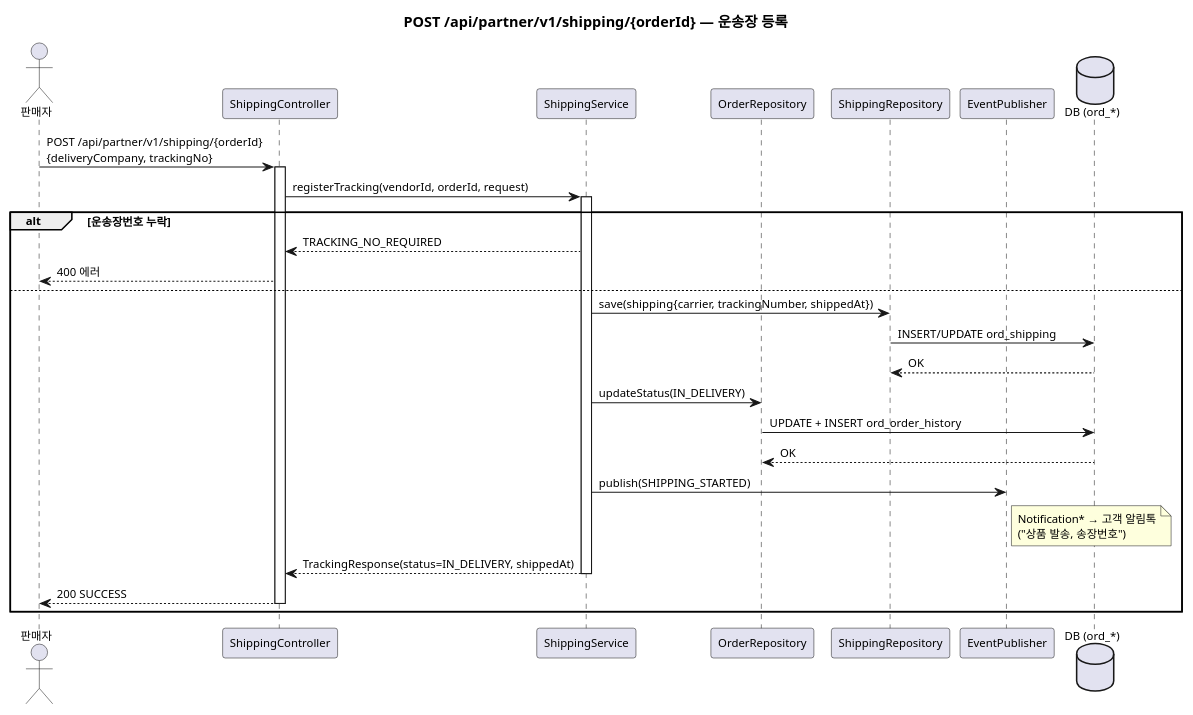
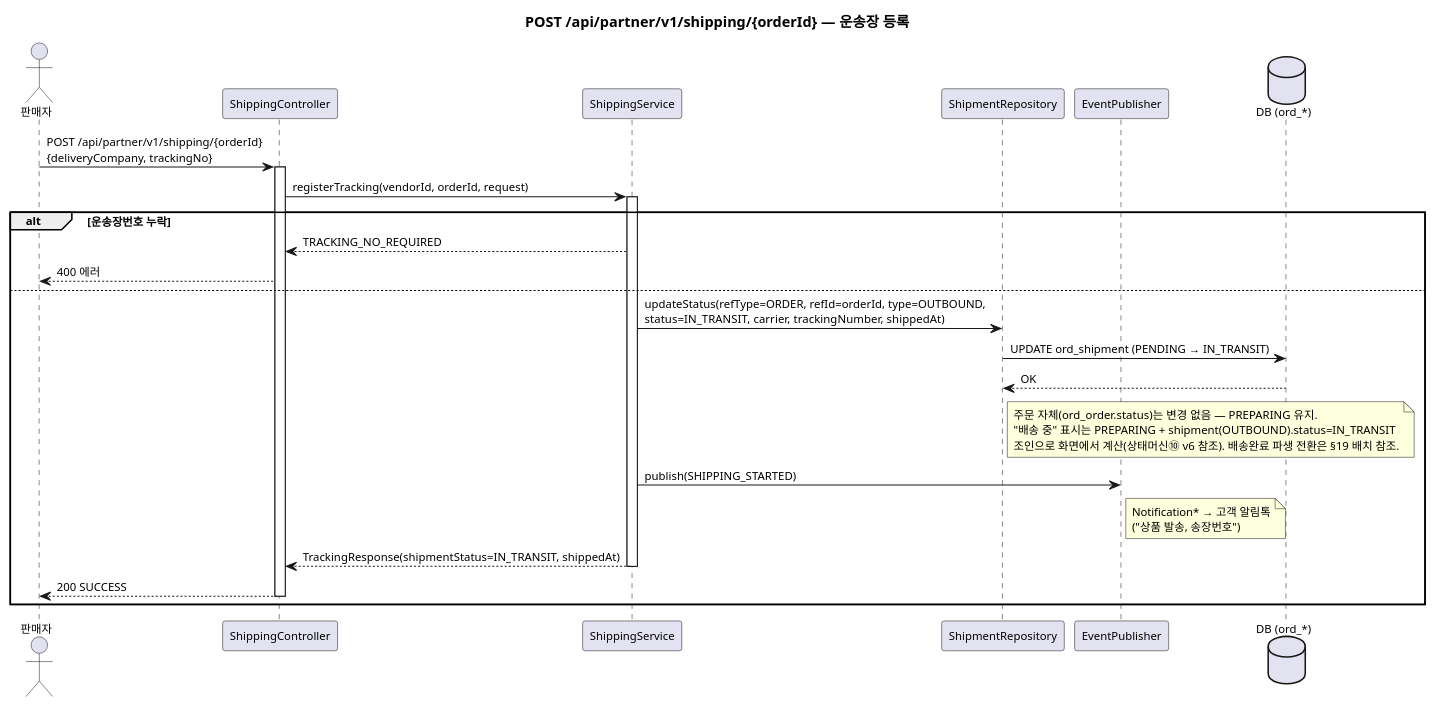
Before and after one commit to parknahyun/runNShop: diagram 12 of 26 in docs/자산화-단계별/S3-상세설계/16-시퀀스(Order-Payment).md, drawn with PlantUML. The commit also changed other lines of this file and 14 other files, not shown here.

````diff
--- a/docs/자산화-단계별/S3-상세설계/16-시퀀스(Order-Payment).md
+++ b/docs/자산화-단계별/S3-상세설계/16-시퀀스(Order-Payment).md
@@ -442,43 +616,39 @@
 ```plantuml
 @startuml
 skinparam backgroundColor transparent
 skinparam defaultFontSize 11
 title POST /api/partner/v1/shipping/{orderId} — 운송장 등록
 
 actor 판매자 as Partner
 participant "ShippingController" as SC
 participant "ShippingService" as SS
-participant "OrderRepository" as OR
-participant "ShippingRepository" as SR
+participant "ShipmentRepository" as SR
 participant "EventPublisher" as EP
 database "DB (ord_*)" as DB
 
 Partner -> SC : POST /api/partner/v1/shipping/{orderId}\n{deliveryCompany, trackingNo}
 activate SC
 
 SC -> SS : registerTracking(vendorId, orderId, request)
 activate SS
 
 alt 운송장번호 누락
   SS --> SC : TRACKING_NO_REQUIRED
   SC --> Partner : 400 에러
 else
-  SS -> SR : save(shipping{carrier, trackingNumber, shippedAt})
-  SR -> DB : INSERT/UPDATE ord_shipping
+  SS -> SR : updateStatus(refType=ORDER, refId=orderId, type=OUTBOUND,\nstatus=IN_TRANSIT, carrier, trackingNumber, shippedAt)
+  SR -> DB : UPDATE ord_shipment (PENDING → IN_TRANSIT)
   DB --> SR : OK
-
-  SS -> OR : updateStatus(IN_DELIVERY)
-  OR -> DB : UPDATE + INSERT ord_order_history
-  DB --> OR : OK
+  note right of SR: 주문 자체(ord_order.status)는 변경 없음 — PREPARING 유지.\n"배송 중" 표시는 PREPARING + shipment(OUTBOUND).status=IN_TRANSIT\n조인으로 화면에서 계산(상태머신⑩ v6 참조). 배송완료 파생 전환은 §19 배치 참조.
 
   SS -> EP : publish(SHIPPING_STARTED)
   note right of EP: Notification* → 고객 알림톡\n("상품 발송, 송장번호")
 
-  SS --> SC : TrackingResponse(status=IN_DELIVERY, shippedAt)
+  SS --> SC : TrackingResponse(shipmentStatus=IN_TRANSIT, shippedAt)
   deactivate SS
   SC --> Partner : 200 SUCCESS
   deactivate SC
 end
 
 @enduml
 ```
````
